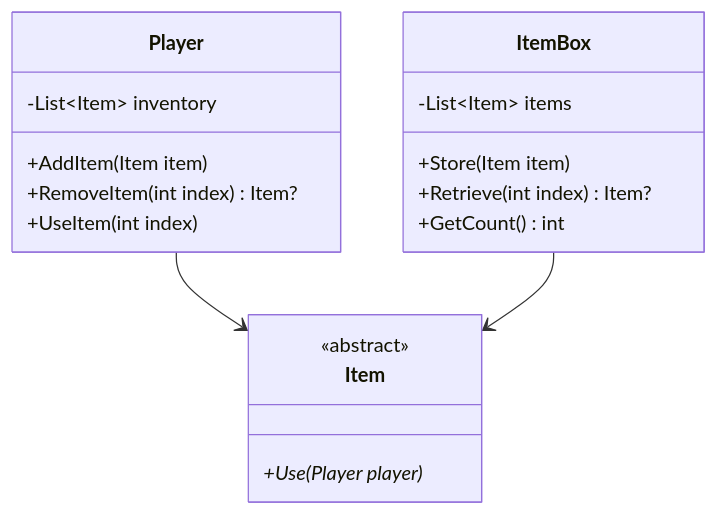
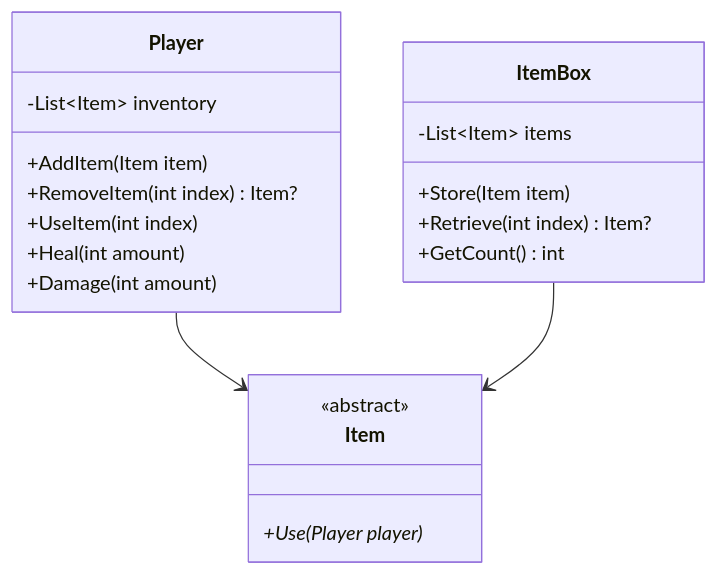
The seventh of 12 diagrams in CsharpVer/chapter-07-smartptr.md (fuddt/Cplus), drawn with Mermaid before and after one commit. The commit also changed other lines of this file, not shown here.

````diff
--- a/CsharpVer/chapter-07-smartptr.md
+++ b/CsharpVer/chapter-07-smartptr.md
@@ -89,24 +228,26 @@
 ```mermaid
 classDiagram
     class Player {
         -List~Item~ inventory
         +AddItem(Item item)
         +RemoveItem(int index) Item?
         +UseItem(int index)
+        +Heal(int amount)
+        +Damage(int amount)
     }
 
     class ItemBox {
         -List~Item~ items
         +Store(Item item)
         +Retrieve(int index) Item?
         +GetCount() int
     }
 
     class Item {
         <<abstract>>
         +Use(Player player)*
     }
 
     Player --> Item
     ItemBox --> Item
 ```
````
